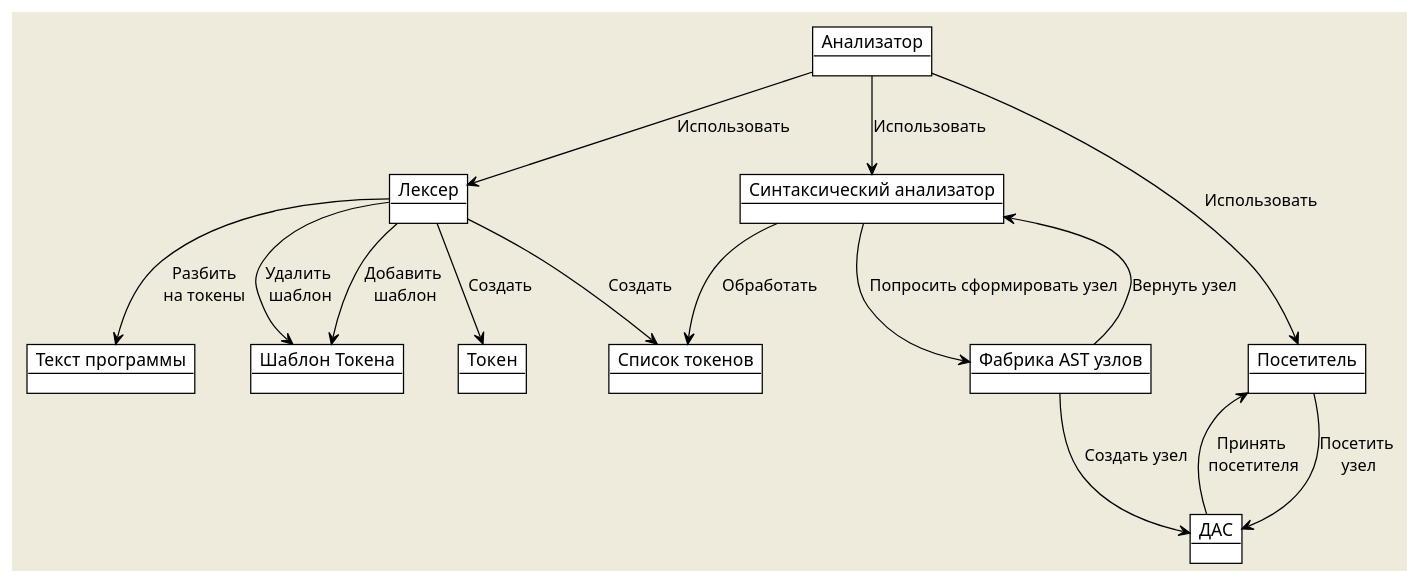
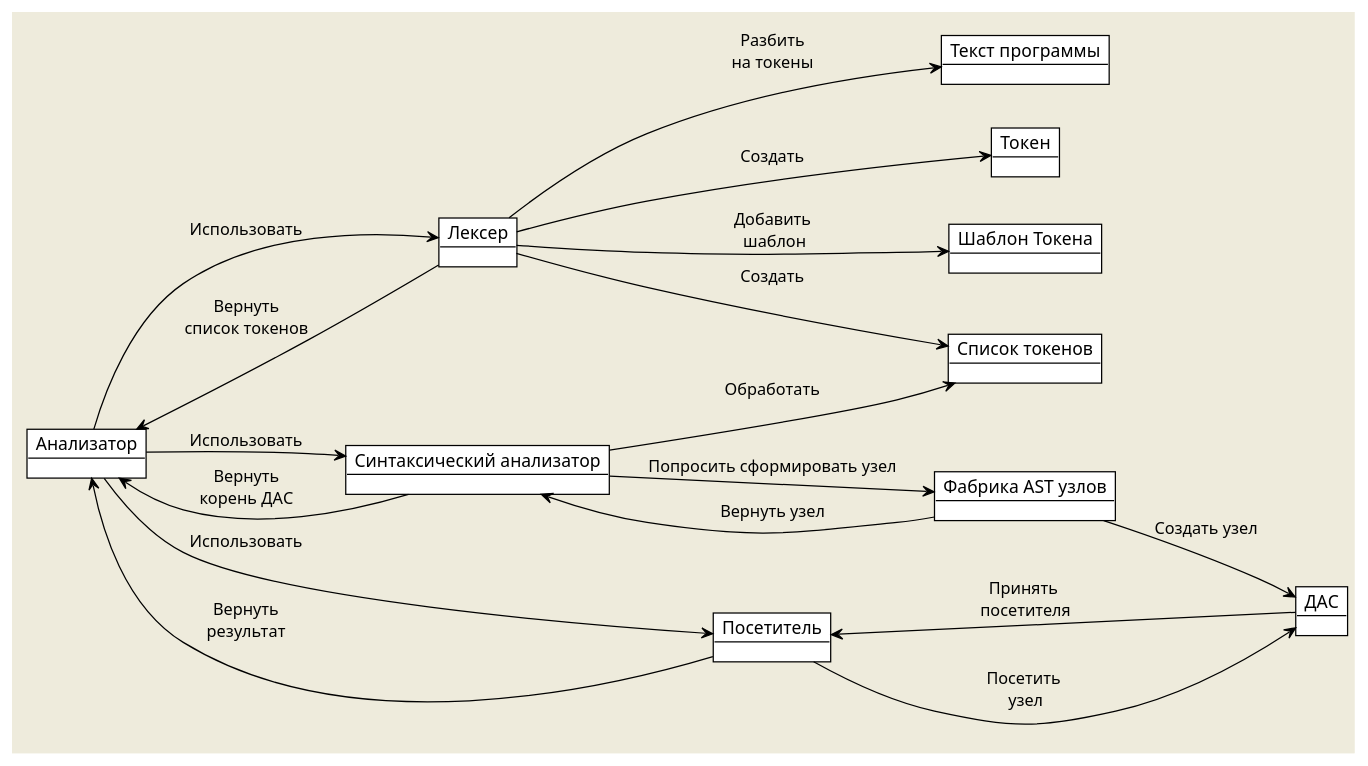
The diagram in schemes/scheme.md (DanArmor/micro-Pascal), drawn with PlantUML before and after one commit. The commit also changed 14 other files, not shown here.

Commit message:
Правки диаграмм

````diff
--- a/schemes/scheme.md
+++ b/schemes/scheme.md
@@ -1,39 +1,42 @@
 ```plantuml
 @startuml
     !theme plain
     skinparam backgroundColor #EEEBDC
     skinparam handwritten false
     skinparam arrowFontColor black
-    'left to right direction
+    left to right direction
 
     object "Лексер" as Lexer
     object "Текст программы" as Text
     object "Синтаксический анализатор" as Syntax
     object "Анализатор" as Analyzer
     object "Список токенов" as List
     object "ДАС" as AST
     object "Посетитель" as Visitor
 
     object "Токен" as Token
     object "Шаблон Токена" as TokenTemp
 
     object "Фабрика AST узлов" as ASTFactory
 
     Lexer --> TokenTemp : "Добавить\n шаблон"
-    Lexer --> TokenTemp : "Удалить\n шаблон"
     Lexer --> Text : "Разбить\nна токены"
     Lexer --> List : "Создать"
     Lexer --> Token : "Создать"
 
     Syntax --> List : "Обработать"
     Syntax --> ASTFactory : "Попросить сформировать узел"
     ASTFactory --> AST : "Создать узел"
     ASTFactory --> Syntax : "Вернуть узел"
 
     Visitor --> AST : "Посетить \nузел"
     Visitor <-- AST : "Принять \nпосетителя"
+
     Lexer <-UP- Analyzer : "Использовать"
+    Analyzer <-DOWN- Lexer : "Вернуть\nсписок токенов"
     Syntax <-UP- Analyzer : "Использовать"
+    Analyzer <-DOWN- Syntax : "Вернуть\nкорень ДАС"
     Visitor <-UP- Analyzer : "Использовать"
+    Analyzer <-DOWN- Visitor : "Вернуть\nрезультат"
 @enduml
 ```
````
